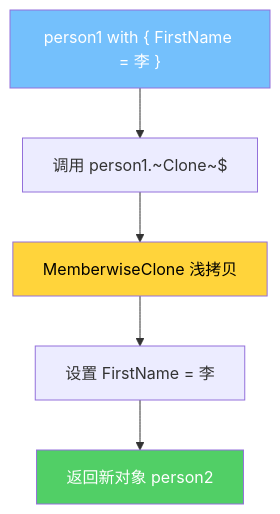
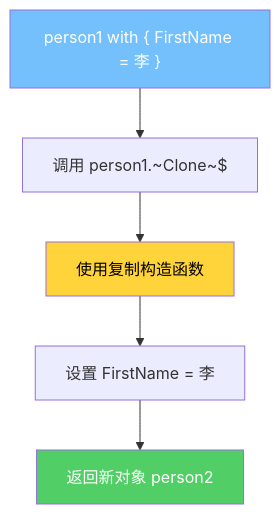
Before and after one commit to moklgydocs/moklgydocs.github.io: the second of 5 diagrams in src/后端开发/CSharp/CLR深度/08_高级类型与模式/03_记录类型与with表达式.md, drawn with Mermaid. The commit also changed other lines of this file and 8 other files, not shown here.

````diff
--- a/src/后端开发/CSharp/CLR深度/08_高级类型与模式/03_记录类型与with表达式.md
+++ b/src/后端开发/CSharp/CLR深度/08_高级类型与模式/03_记录类型与with表达式.md
@@ -354,11 +346,11 @@
 ```mermaid
 flowchart TD
     A["person1 with { FirstName = 李 }"] --> B["调用 person1.~Clone~$"]
-    B --> C["MemberwiseClone 浅拷贝"]
+    B --> C["使用复制构造函数"]
     C --> D["设置 FirstName = 李"]
     D --> E["返回新对象 person2"]
 
     style A fill:#74c0fc,color:#fff
     style C fill:#ffd43b,color:#000
     style E fill:#51cf66,color:#fff
 ```
````
